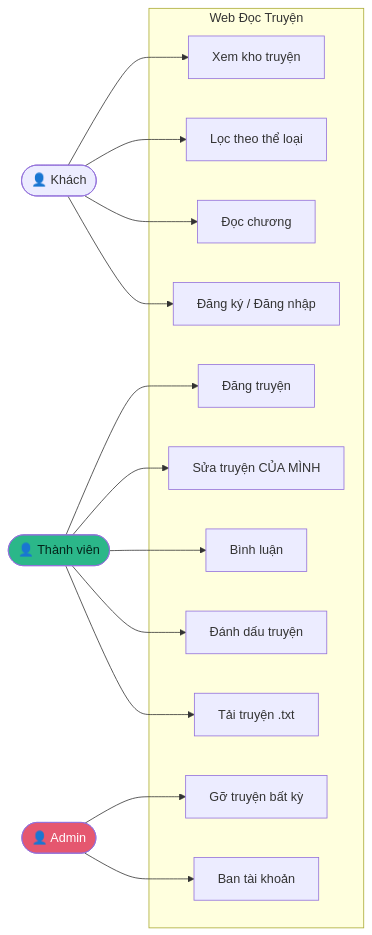
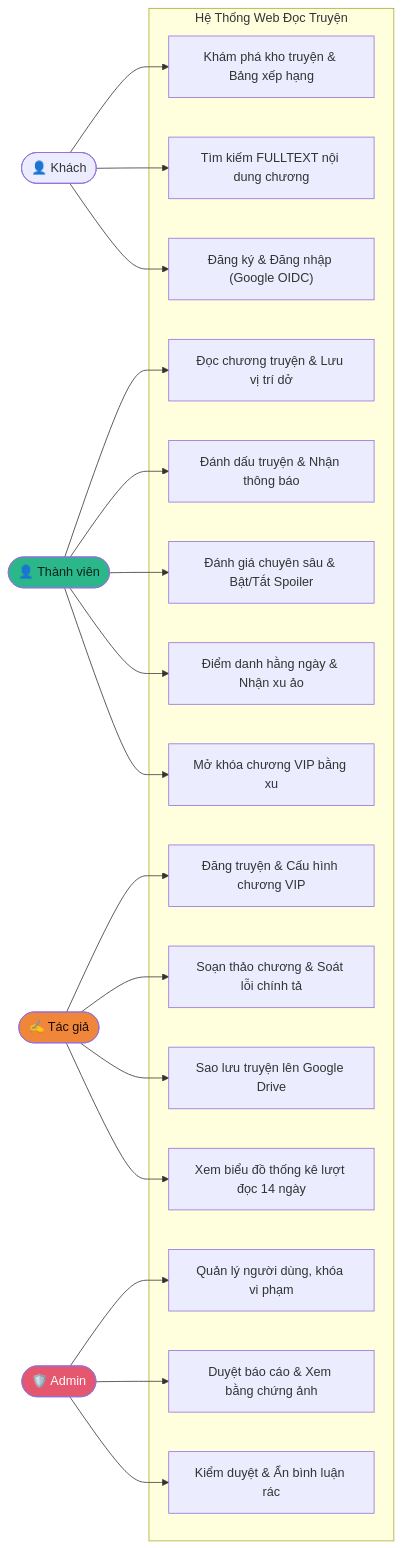
Diagram 12 of 12 in DoAn-WebDocTruyen/docs/architecture/so-do.md (HiTranquility/Web), drawn with Mermaid before and after one commit. The commit also changed other lines of this file and 1 other file, not shown here.

````diff
--- a/DoAn-WebDocTruyen/docs/architecture/so-do.md
+++ b/DoAn-WebDocTruyen/docs/architecture/so-do.md
@@ -413,27 +574,34 @@
 ```mermaid
 flowchart LR
     K(["👤 Khách"])
     TV(["👤 Thành viên"])
-    AD(["👤 Admin"])
+    TG(["✍️ Tác giả"])
+    AD(["🛡️ Admin"])
 
-    subgraph UC ["Web Đọc Truyện"]
-        U1["Xem kho truyện"]
-        U2["Lọc theo thể loại"]
-        U3["Đọc chương"]
-        U4["Đăng ký / Đăng nhập"]
-        U5["Đăng truyện"]
-        U6["Sửa truyện CỦA MÌNH"]
-        U7["Bình luận"]
-        U8["Đánh dấu truyện"]
-        U9["Tải truyện .txt"]
-        U10["Gỡ truyện bất kỳ"]
-        U11["Ban tài khoản"]
+    subgraph UC ["Hệ Thống Web Đọc Truyện"]
+        U1["Khám phá kho truyện & Bảng xếp hạng"]
+        U2["Tìm kiếm FULLTEXT nội dung chương"]
+        U3["Đăng ký & Đăng nhập (Google OIDC)"]
+        U4["Đọc chương truyện & Lưu vị trí dở"]
+        U5["Đánh dấu truyện & Nhận thông báo"]
+        U6["Đánh giá chuyên sâu & Bật/Tắt Spoiler"]
+        U7["Điểm danh hằng ngày & Nhận xu ảo"]
+        U8["Mở khóa chương VIP bằng xu"]
+        U9["Đăng truyện & Cấu hình chương VIP"]
+        U10["Soạn thảo chương & Soát lỗi chính tả"]
+        U11["Sao lưu truyện lên Google Drive"]
+        U12["Xem biểu đồ thống kê lượt đọc 14 ngày"]
+        U13["Quản lý người dùng, khóa vi phạm"]
+        U14["Duyệt báo cáo & Xem bằng chứng ảnh"]
+        U15["Kiểm duyệt & Ẩn bình luận rác"]
     end
 
-    K --> U1 & U2 & U3 & U4
-    TV --> U5 & U6 & U7 & U8 & U9
-    AD --> U10 & U11
+    K --> U1 & U2 & U3
+    TV --> U4 & U5 & U6 & U7 & U8
+    TG --> U9 & U10 & U11 & U12
+    AD --> U13 & U14 & U15
 
     style AD fill:#e5576f,color:#fff
+    style TG fill:#f0863a,color:#1a0f06
     style TV fill:#2bb789,color:#04241a
 ```
````
